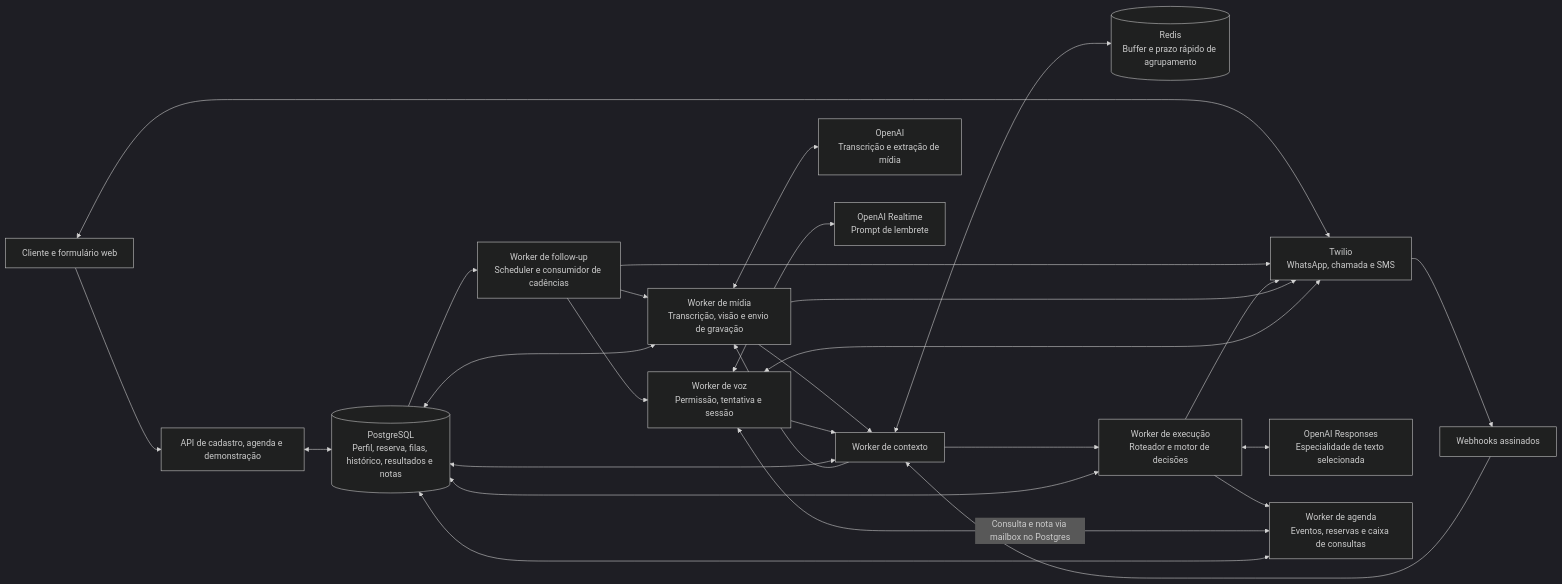
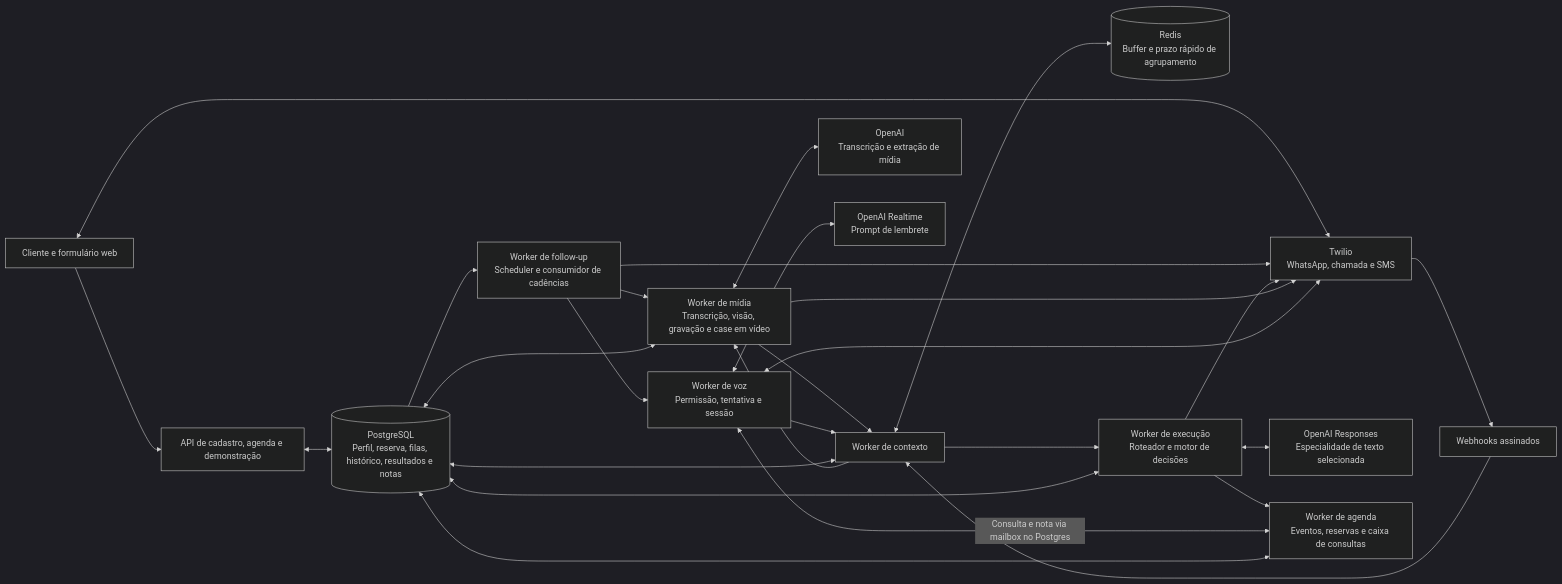
Before and after one commit to tom-lisboa/ArkomSDR: the diagram in docs/mermaid/12-arquitetura-dos-workers.mmd, drawn with Mermaid (dark theme). The commit also changed 29 other files, not shown here.

```diff
--- a/docs/mermaid/12-arquitetura-dos-workers.mmd
+++ b/docs/mermaid/12-arquitetura-dos-workers.mmd
@@ -1,27 +1,27 @@
 flowchart LR
     CLIENT["Cliente e formulário web"] --> API["API de cadastro, agenda e demonstração"]
     CLIENT <--> TW["Twilio<br/>WhatsApp, chamada e SMS"]
     TW --> WEB["Webhooks assinados"]
     API <--> PG[("PostgreSQL<br/>Perfil, reserva, filas, histórico, resultados e notas")]
     WEB --> CTX["Worker de contexto"]
     CTX <--> PG
     CTX <--> REDIS[("Redis<br/>Buffer e prazo rápido de agrupamento")]
-    CTX --> MEDIA["Worker de mídia<br/>Transcrição, visão e envio de gravação"]
+    CTX --> MEDIA["Worker de mídia<br/>Transcrição, visão, gravação e case em vídeo"]
     MEDIA --> CTX
     MEDIA <--> PG
     CTX --> EXEC["Worker de execução<br/>Roteador e motor de decisões"]
     EXEC <--> PG
     EXEC <--> TEXTAI["OpenAI Responses<br/>Especialidade de texto selecionada"]
     MEDIA <--> MEDIAAI["OpenAI<br/>Transcrição e extração de mídia"]
     EXEC --> SCHED["Worker de agenda<br/>Eventos, reservas e caixa de consultas"]
     SCHED <--> PG
     PG --> FOLLOW["Worker de follow-up<br/>Scheduler e consumidor de cadências"]
     FOLLOW --> MEDIA
     FOLLOW --> VOICE["Worker de voz<br/>Permissão, tentativa e sessão"]
     FOLLOW --> TW
     EXEC --> TW
     MEDIA --> TW
     VOICE <--> TW
     VOICE <--> REALTIME["OpenAI Realtime<br/>Prompt de lembrete"]
     VOICE <-->|Consulta e nota via mailbox no Postgres| SCHED
     VOICE --> CTX
```
